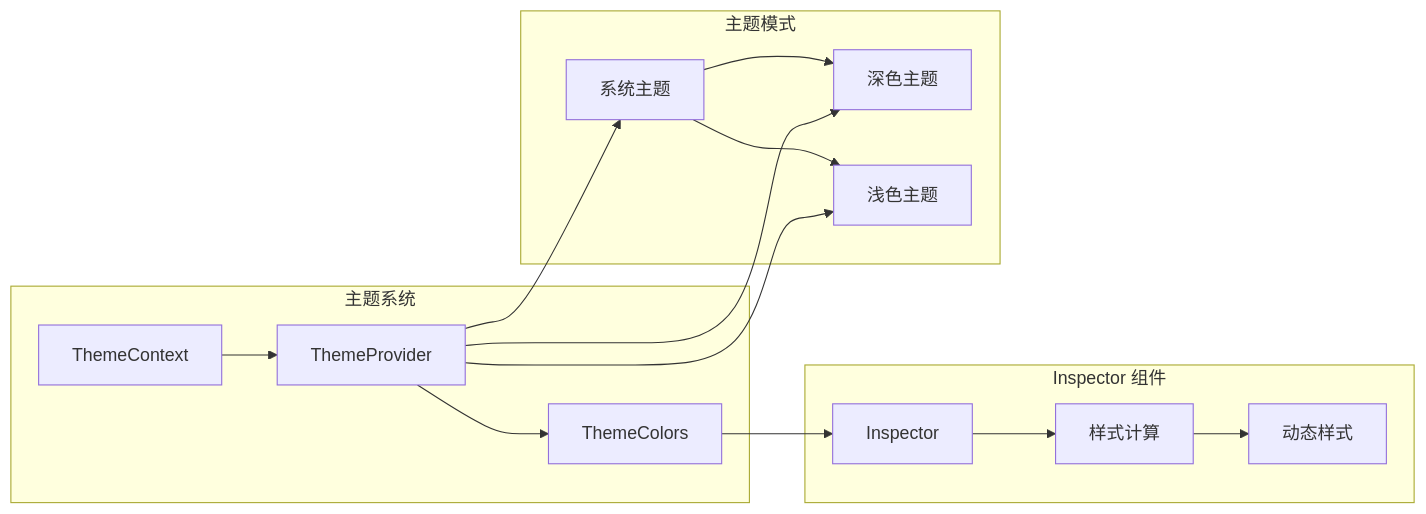
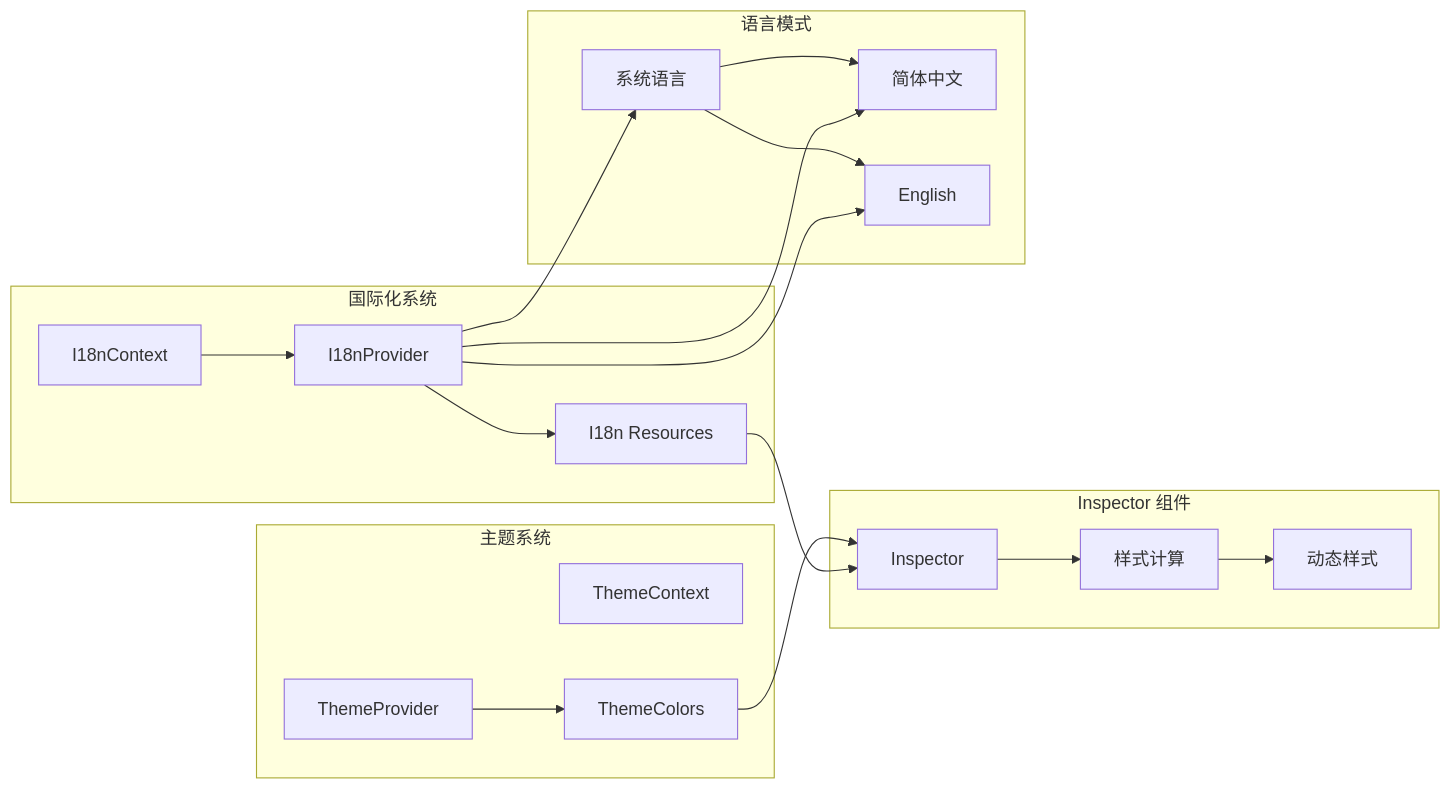
The sixth of 9 diagrams in repowiki/zh/content/前端开发/UI 组件详解/检查器组件 (Inspector).md (YLee9527/Medex), drawn with Mermaid before and after one commit. The commit also changed other lines of this file and 13 other files, not shown here.

````diff
--- a/repowiki/zh/content/前端开发/UI 组件详解/检查器组件 (Inspector).md
+++ b/repowiki/zh/content/前端开发/UI 组件详解/检查器组件 (Inspector).md
@@ -271,28 +318,35 @@
 ```mermaid
 graph LR
+subgraph "国际化系统"
+I18nContext[I18nContext]
+I18nProvider[I18nProvider]
+I18nResources[I18n Resources]
+end
 subgraph "主题系统"
 ThemeContext[ThemeContext]
 ThemeProvider[ThemeProvider]
 ThemeConfig[ThemeColors]
 end
 subgraph "Inspector 组件"
 Inspector[Inspector]
 StyleCalc[样式计算]
 DynamicStyles[动态样式]
 end
-subgraph "主题模式"
-Dark[深色主题]
-Light[浅色主题]
-System[系统主题]
+subgraph "语言模式"
+Chinese[简体中文]
+English[English]
+System[系统语言]
 end
-ThemeContext --> ThemeProvider
+I18nContext --> I18nProvider
+I18nProvider --> I18nResources
+I18nResources --> Inspector
+Inspector --> StyleCalc
+StyleCalc --> DynamicStyles
 ThemeProvider --> ThemeConfig
 ThemeConfig --> Inspector
-Inspector --> StyleCalc
-StyleCalc --> DynamicStyles
-ThemeProvider --> Dark
-ThemeProvider --> Light
-ThemeProvider --> System
-System --> Dark
-System --> Light
+I18nProvider --> Chinese
+I18nProvider --> English
+I18nProvider --> System
+System --> Chinese
+System --> English
 ```
````
